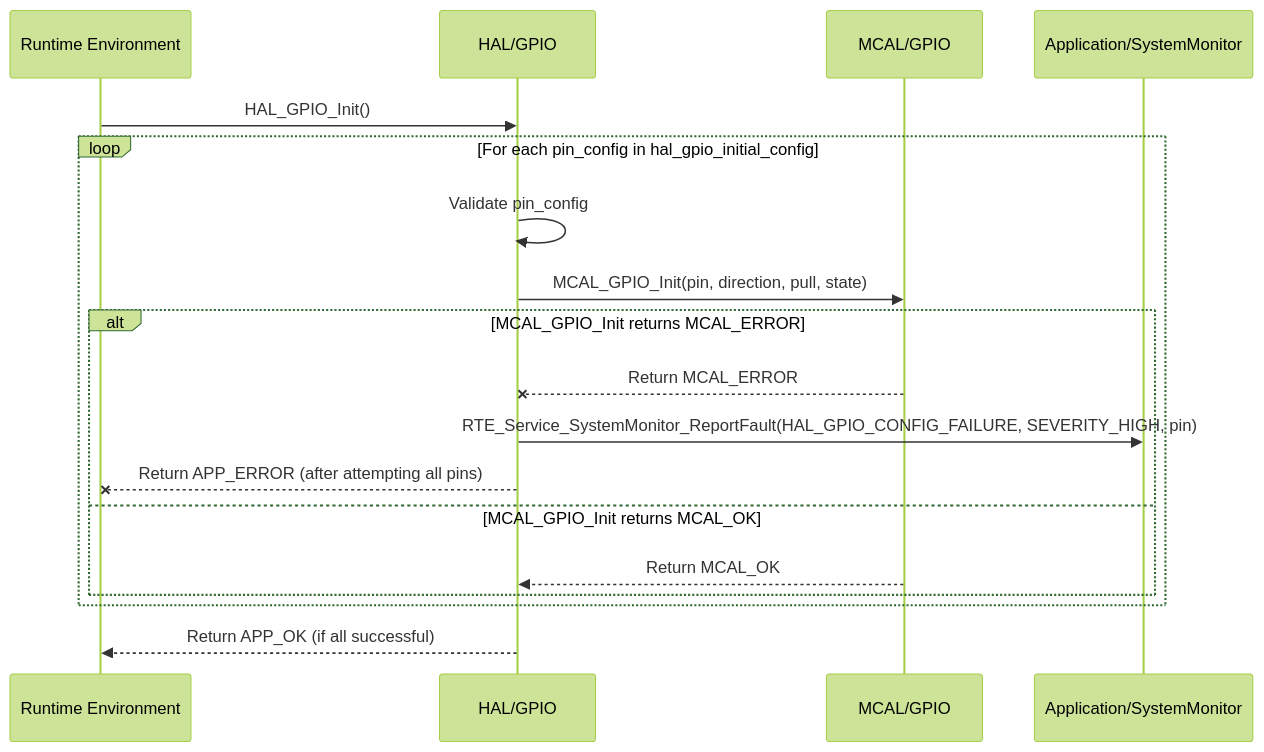
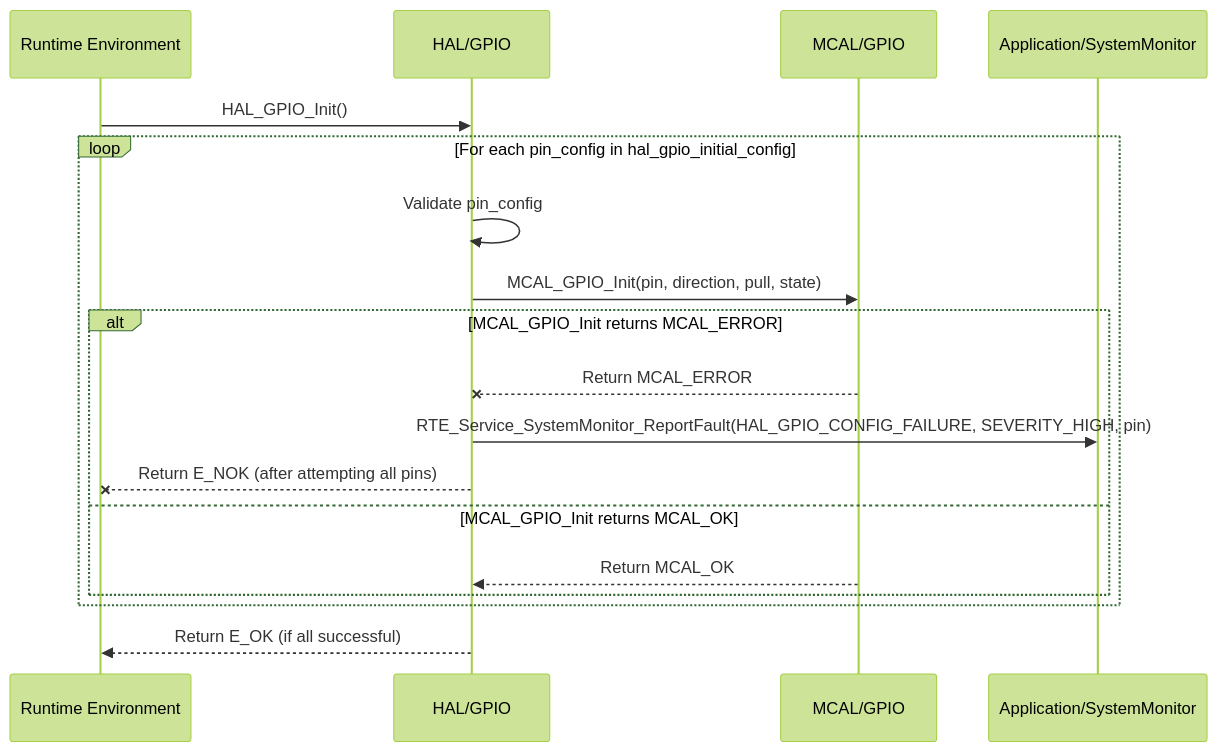
Before and after one commit to ashaker-2/Platform: the diagram in Requiremets/Design/HAL/HAL_GPIO.md, drawn with Mermaid (forest theme). The commit also changed other lines of this file and 716 other files, not shown here.

````diff
--- a/Requiremets/Design/HAL/HAL_GPIO.md
+++ b/Requiremets/Design/HAL/HAL_GPIO.md
@@ -172,21 +172,21 @@
 ```mermaid
 sequenceDiagram
     participant RTE as Runtime Environment
     participant HAL_GPIO as HAL/GPIO
     participant MCAL_GPIO as MCAL/GPIO
     participant SystemMonitor as Application/SystemMonitor
 
     RTE->>HAL_GPIO: HAL_GPIO_Init()
     loop For each pin_config in hal_gpio_initial_config
         HAL_GPIO->>HAL_GPIO: Validate pin_config
         HAL_GPIO->>MCAL_GPIO: MCAL_GPIO_Init(pin, direction, pull, state)
         alt MCAL_GPIO_Init returns MCAL_ERROR
             MCAL_GPIO--xHAL_GPIO: Return MCAL_ERROR
             HAL_GPIO->>SystemMonitor: RTE_Service_SystemMonitor_ReportFault(HAL_GPIO_CONFIG_FAILURE, SEVERITY_HIGH, pin)
-            HAL_GPIO--xRTE: Return APP_ERROR (after attempting all pins)
+            HAL_GPIO--xRTE: Return E_NOK (after attempting all pins)
         else MCAL_GPIO_Init returns MCAL_OK
             MCAL_GPIO-->>HAL_GPIO: Return MCAL_OK
         end
     end
-    HAL_GPIO-->>RTE: Return APP_OK (if all successful)
+    HAL_GPIO-->>RTE: Return E_OK (if all successful)
 ```
````
